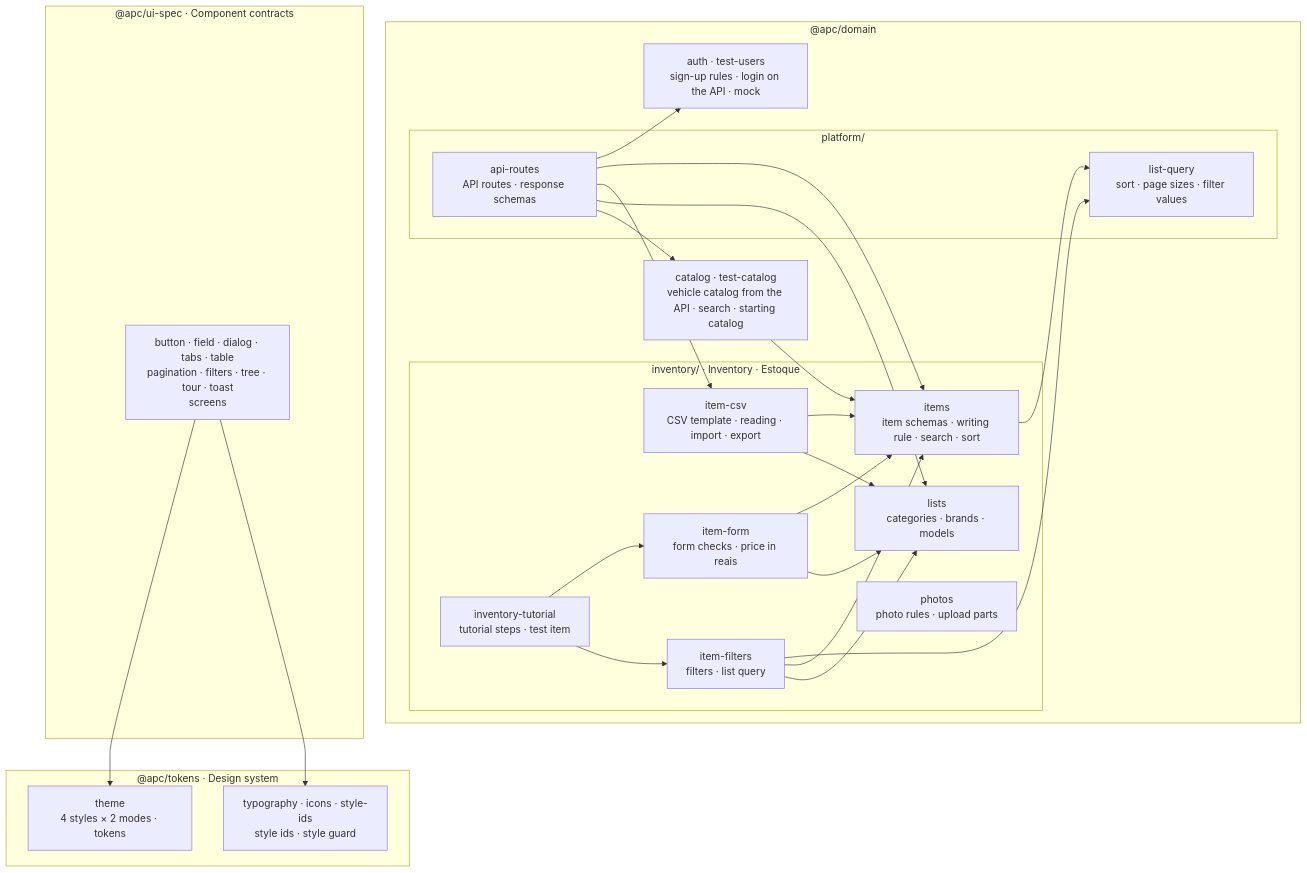
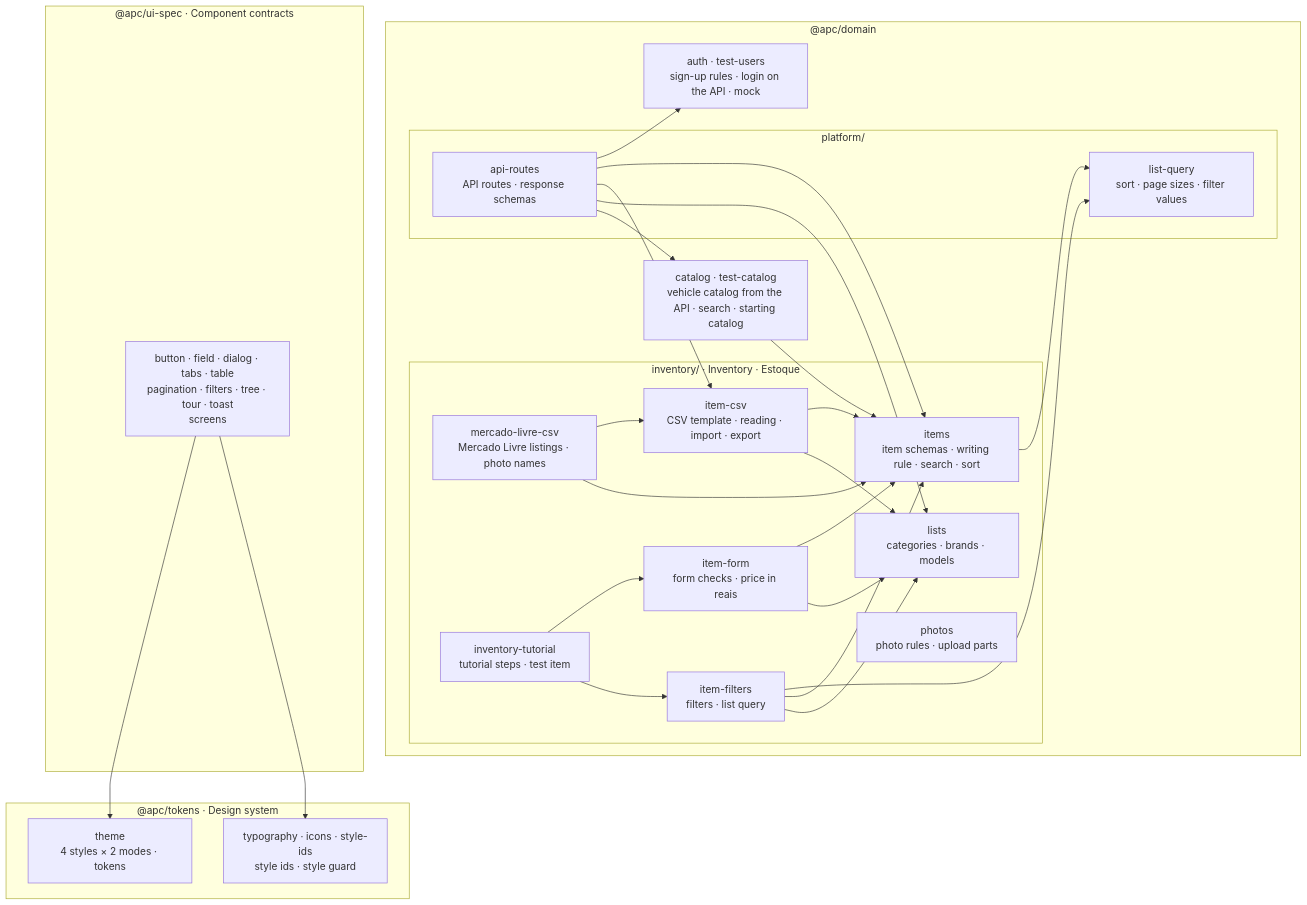
The second of 9 diagrams in docs/architecture.md (ChrisCamilo/apc-universal-repair), drawn with Mermaid before and after one commit. The commit also changed other lines of this file, not shown here.

Commit message:
docs: Add the Mercado Livre listings module and fflate to the architecture

````diff
--- a/docs/architecture.md
+++ b/docs/architecture.md
@@ -53,45 +53,48 @@
 ```mermaid
 flowchart TB
     subgraph domain["@apc/domain"]
         subgraph inventory["inventory/ · Inventory · Estoque"]
             items["items<br/>item schemas · writing rule · search · sort"]
             itemForm["item-form<br/>form checks · price in reais"]
             itemFilters["item-filters<br/>filters · list query"]
             itemCsv["item-csv<br/>CSV template · reading · import · export"]
+            mercadoLivreCsv["mercado-livre-csv<br/>Mercado Livre listings · photo names"]
             lists["lists<br/>categories · brands · models"]
             photos["photos<br/>photo rules · upload parts"]
             tutorial["inventory-tutorial<br/>tutorial steps · test item"]
         end
         auth["auth · test-users<br/>sign-up rules · login on the API · mock"]
         catalog["catalog · test-catalog<br/>vehicle catalog from the API · search · starting catalog"]
         subgraph platform["platform/"]
             apiRoutes["api-routes<br/>API routes · response schemas"]
             listQuery["list-query<br/>sort · page sizes · filter values"]
         end
     end
     subgraph tokensPackage["@apc/tokens · Design system"]
         theme["theme<br/>4 styles × 2 modes · tokens"]
         styling["typography · icons · style-ids<br/>style ids · style guard"]
     end
     subgraph uiSpec["@apc/ui-spec · Component contracts"]
         rest["button · field · dialog · tabs · table<br/>pagination · filters · tree · tour · toast<br/>screens"]
     end
     rest --> theme
     rest --> styling
     items --> listQuery
     itemFilters --> listQuery
     itemForm --> items
     itemFilters --> items
     itemCsv --> items
     itemForm --> lists
     itemFilters --> lists
     itemCsv --> lists
+    mercadoLivreCsv --> itemCsv
+    mercadoLivreCsv --> items
     catalog --> items
     tutorial --> itemForm
     tutorial --> itemFilters
     apiRoutes --> auth
     apiRoutes --> items
     apiRoutes --> itemCsv
     apiRoutes --> lists
     apiRoutes --> catalog
 ```
````
